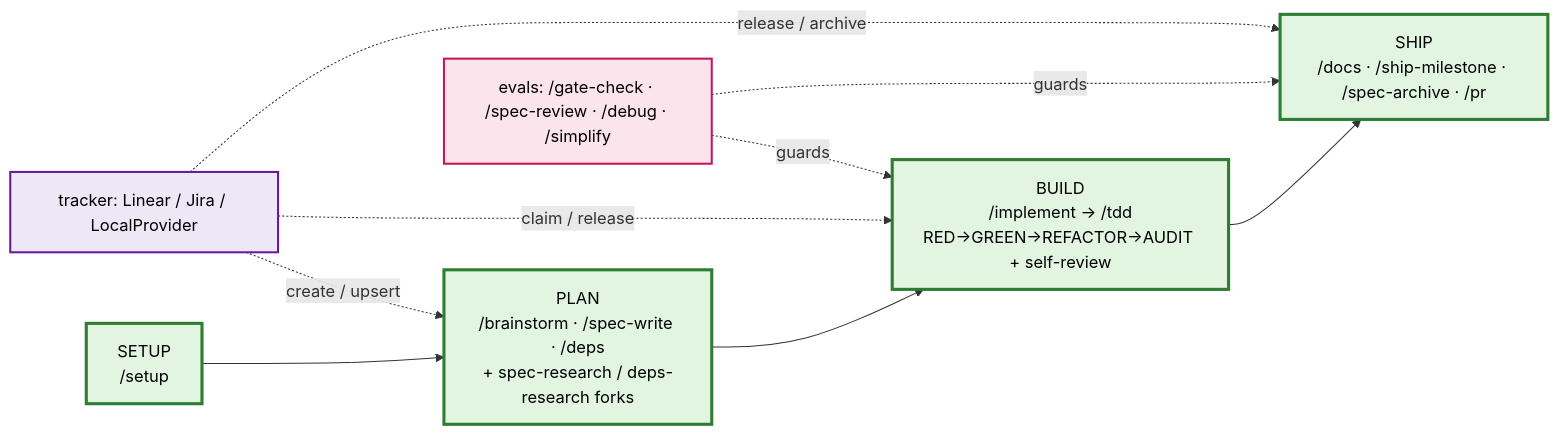
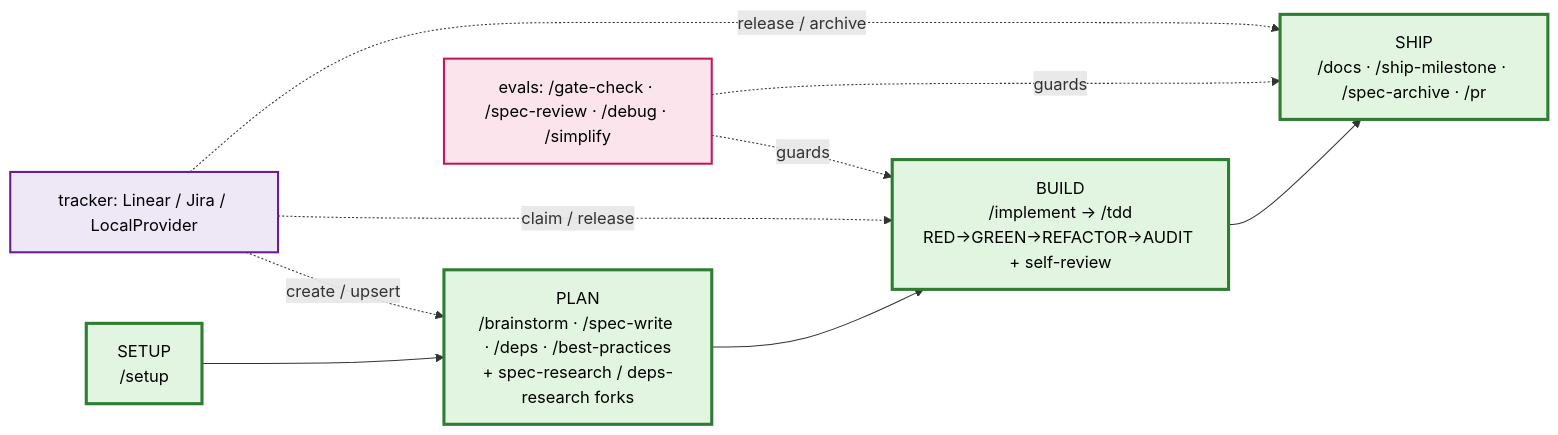
Before and after one commit to nesquikm/dev-process-toolkit: the first of 6 diagrams in plugins/dev-process-toolkit/docs/workflow-overview.md, drawn with Mermaid. The commit also changed other lines of this file and 71 other files, not shown here.

````diff
--- a/plugins/dev-process-toolkit/docs/workflow-overview.md
+++ b/plugins/dev-process-toolkit/docs/workflow-overview.md
@@ -9,21 +9,21 @@
 ```mermaid
 flowchart LR
     classDef spine fill:#e1f5e1,stroke:#2e7d32,stroke-width:3px,color:#000
     classDef xcut fill:#fce4ec,stroke:#c2185b,stroke-width:2px,color:#000
     classDef trk fill:#ede7f6,stroke:#6a1b9a,stroke-width:2px,color:#000
 
     S["SETUP<br/>/setup"]:::spine
-    P["PLAN<br/>/brainstorm · /spec-write · /deps<br/>+ spec-research / deps-research forks"]:::spine
+    P["PLAN<br/>/brainstorm · /spec-write · /deps · /best-practices<br/>+ spec-research / deps-research forks"]:::spine
     B["BUILD<br/>/implement → /tdd<br/>RED→GREEN→REFACTOR→AUDIT + self-review"]:::spine
     SH["SHIP<br/>/docs · /ship-milestone · /spec-archive · /pr"]:::spine
 
     GC["evals: /gate-check · /spec-review · /debug · /simplify"]:::xcut
     TR["tracker: Linear / Jira / LocalProvider"]:::trk
 
     S --> P --> B --> SH
     GC -.->|"guards"| B
     GC -.->|"guards"| SH
     TR -.->|"create / upsert"| P
     TR -.->|"claim / release"| B
     TR -.->|"release / archive"| SH
 ```
````
